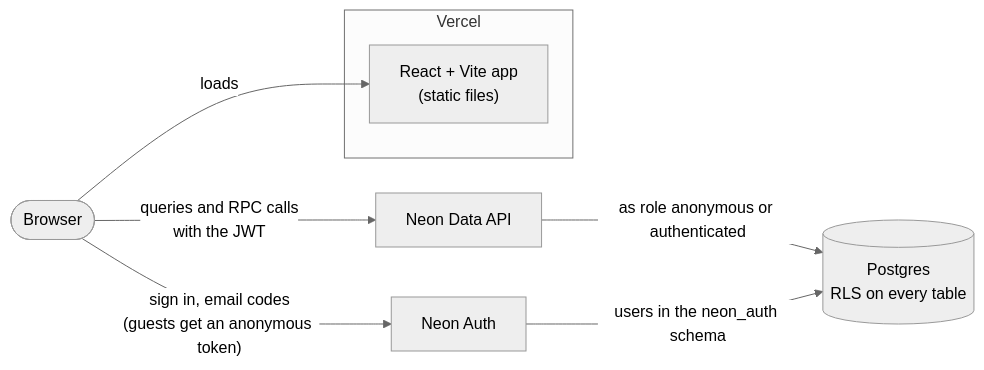
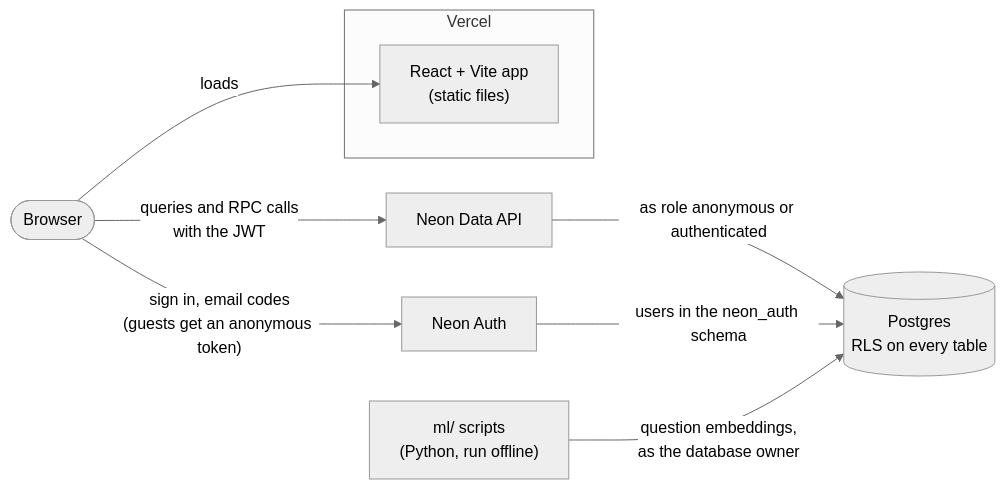
The diagram in README.md (vishesharma14/vprep), drawn with Mermaid (neutral theme) before and after one commit. The commit also changed other lines of this file and 22 other files, not shown here.

````diff
--- a/README.md
+++ b/README.md
@@ -122,11 +124,12 @@
 ```mermaid
 flowchart LR
   subgraph Vercel
     SPA["React + Vite app<br/>(static files)"]
   end
   User(["Browser"]) -->|loads| SPA
   User -->|"sign in, email codes<br/>(guests get an anonymous token)"| Auth["Neon Auth"]
   User -->|"queries and RPC calls<br/>with the JWT"| API["Neon Data API"]
   API -->|"as role anonymous or authenticated"| PG[("Postgres<br/>RLS on every table")]
   Auth -->|"users in the neon_auth schema"| PG
+  ML["ml/ scripts<br/>(Python, run offline)"] -->|"question embeddings,<br/>as the database owner"| PG
 ```
````
